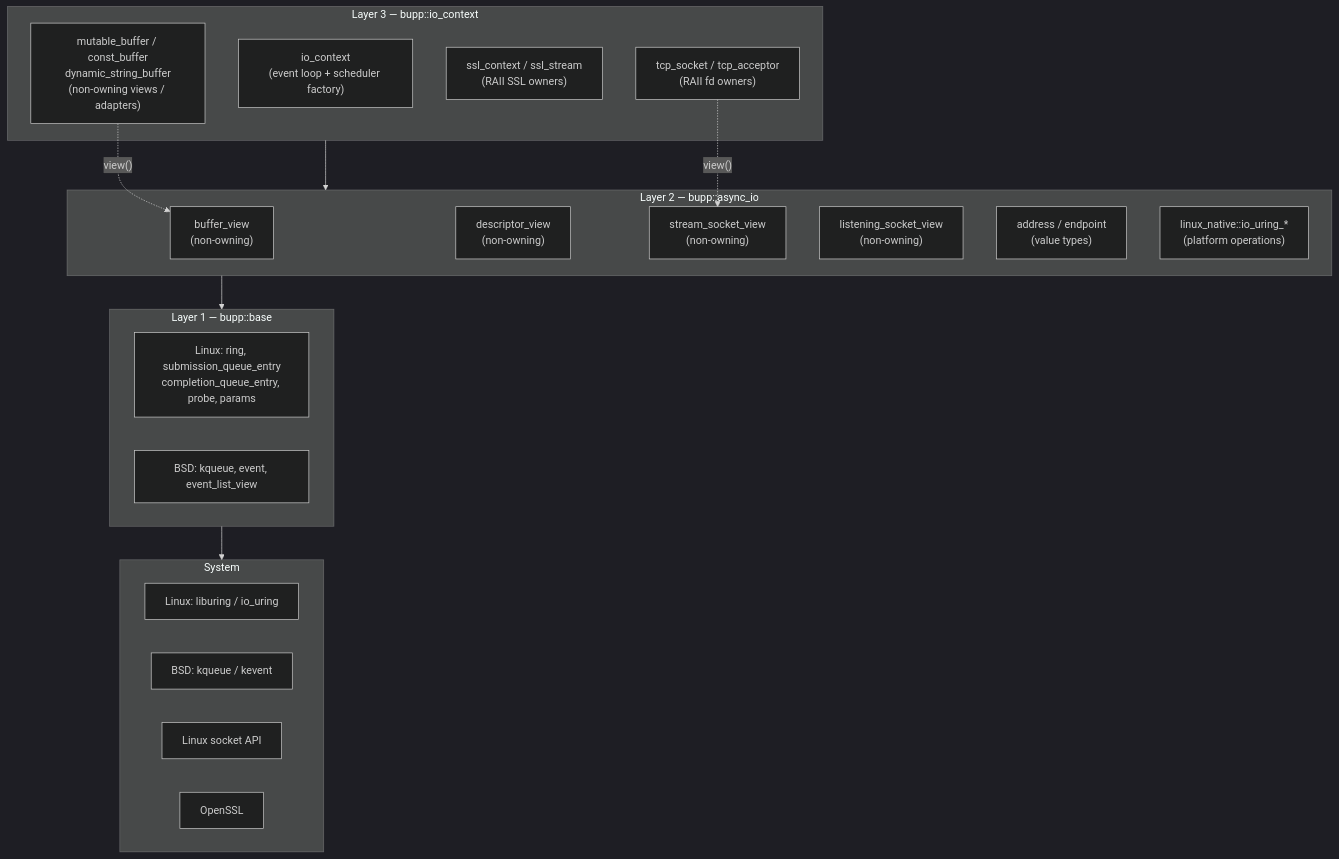
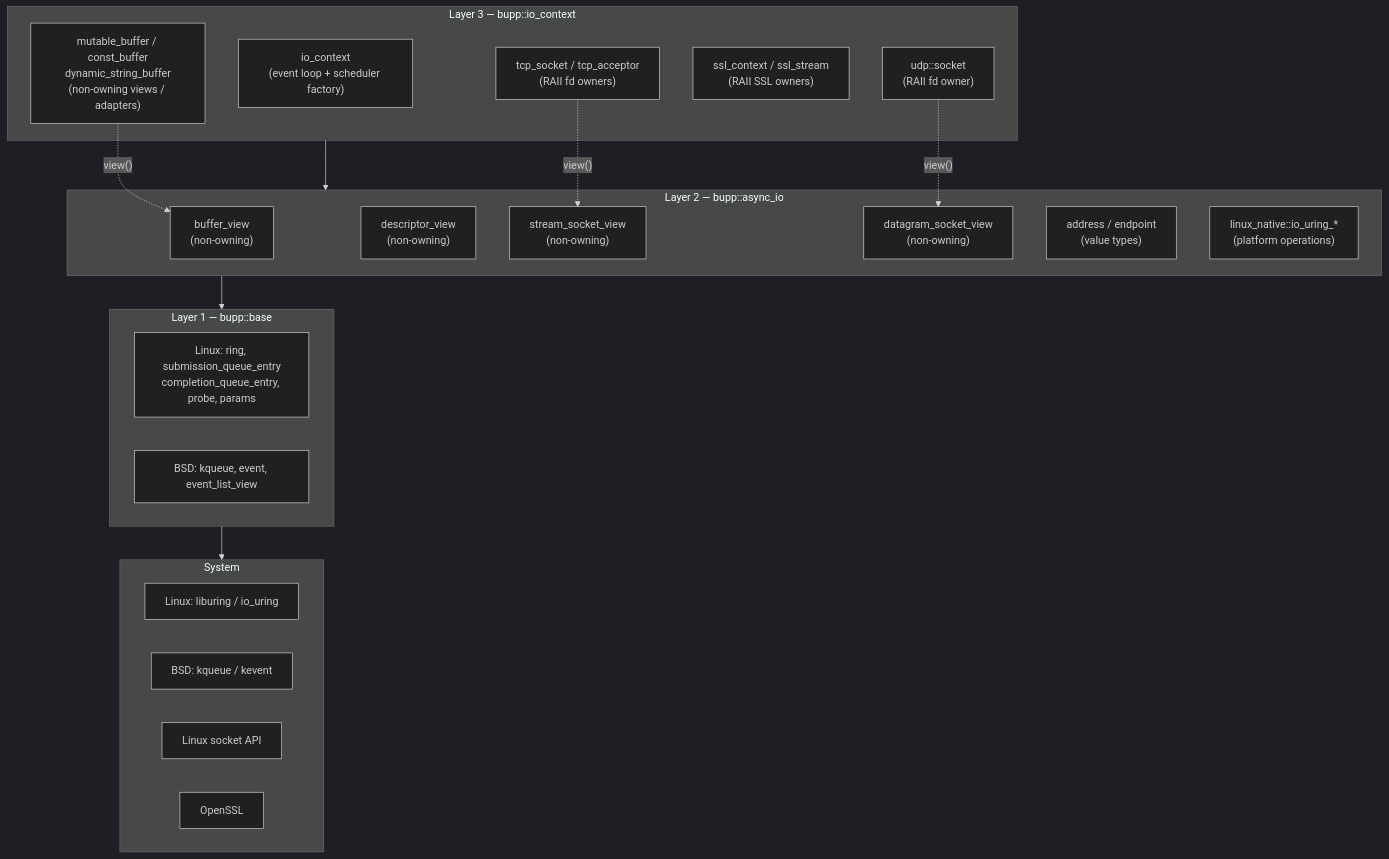
The first of 2 diagrams in docs/design/architecture/layers.md (haomingbai/bnio), drawn with Mermaid (dark theme) before and after one commit. The commit also changed other lines of this file and 38 other files, not shown here.

````diff
--- a/docs/design/architecture/layers.md
+++ b/docs/design/architecture/layers.md
@@ -3,36 +3,38 @@
 ```mermaid
 graph TB
     subgraph L3["Layer 3 — bupp::io_context"]
         C3_ctx["io_context<br/>(event loop + scheduler factory)"]
         C3_tcp["tcp_socket / tcp_acceptor<br/>(RAII fd owners)"]
+        C3_udp["udp::socket<br/>(RAII fd owner)"]
         C3_ssl["ssl_context / ssl_stream<br/>(RAII SSL owners)"]
         C3_buf["mutable_buffer / const_buffer<br/>dynamic_string_buffer<br/>(non-owning views / adapters)"]
     end
 
     subgraph L2["Layer 2 — bupp::async_io"]
         C2_buf["buffer_view<br/>(non-owning)"]
         C2_desc["descriptor_view<br/>(non-owning)"]
         C2_stream["stream_socket_view<br/>(non-owning)"]
-        C2_listen["listening_socket_view<br/>(non-owning)"]
+        C2_datagram["datagram_socket_view<br/>(non-owning)"]
         C2_ip["address / endpoint<br/>(value types)"]
         C2_native["linux_native::io_uring_*<br/>(platform operations)"]
     end
 
     subgraph L1["Layer 1 — bupp::base"]
         C1_linux["Linux: ring, submission_queue_entry<br/>completion_queue_entry, probe, params"]
         C1_bsd["BSD: kqueue, event, event_list_view"]
     end
 
     subgraph SYS["System"]
         S1["Linux: liburing / io_uring"]
         S2["BSD: kqueue / kevent"]
         S3["Linux socket API"]
         S4["OpenSSL"]
     end
 
     L1 --> SYS
     L2 --> L1
     L3 --> L2
     C3_tcp -.->|"view()"| C2_stream
+    C3_udp -.->|"view()"| C2_datagram
     C3_buf -.->|"view()"| C2_buf
 ```
````
